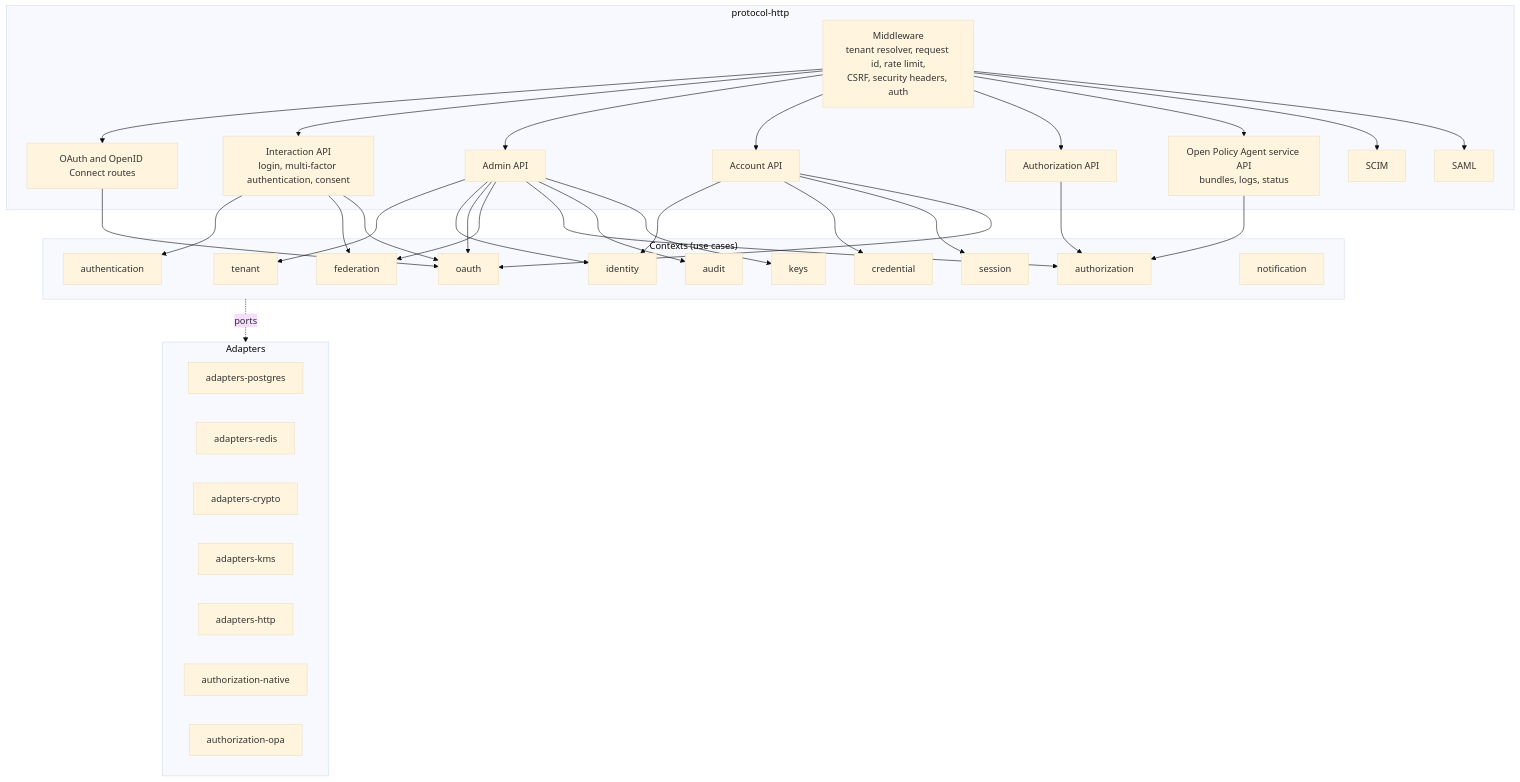
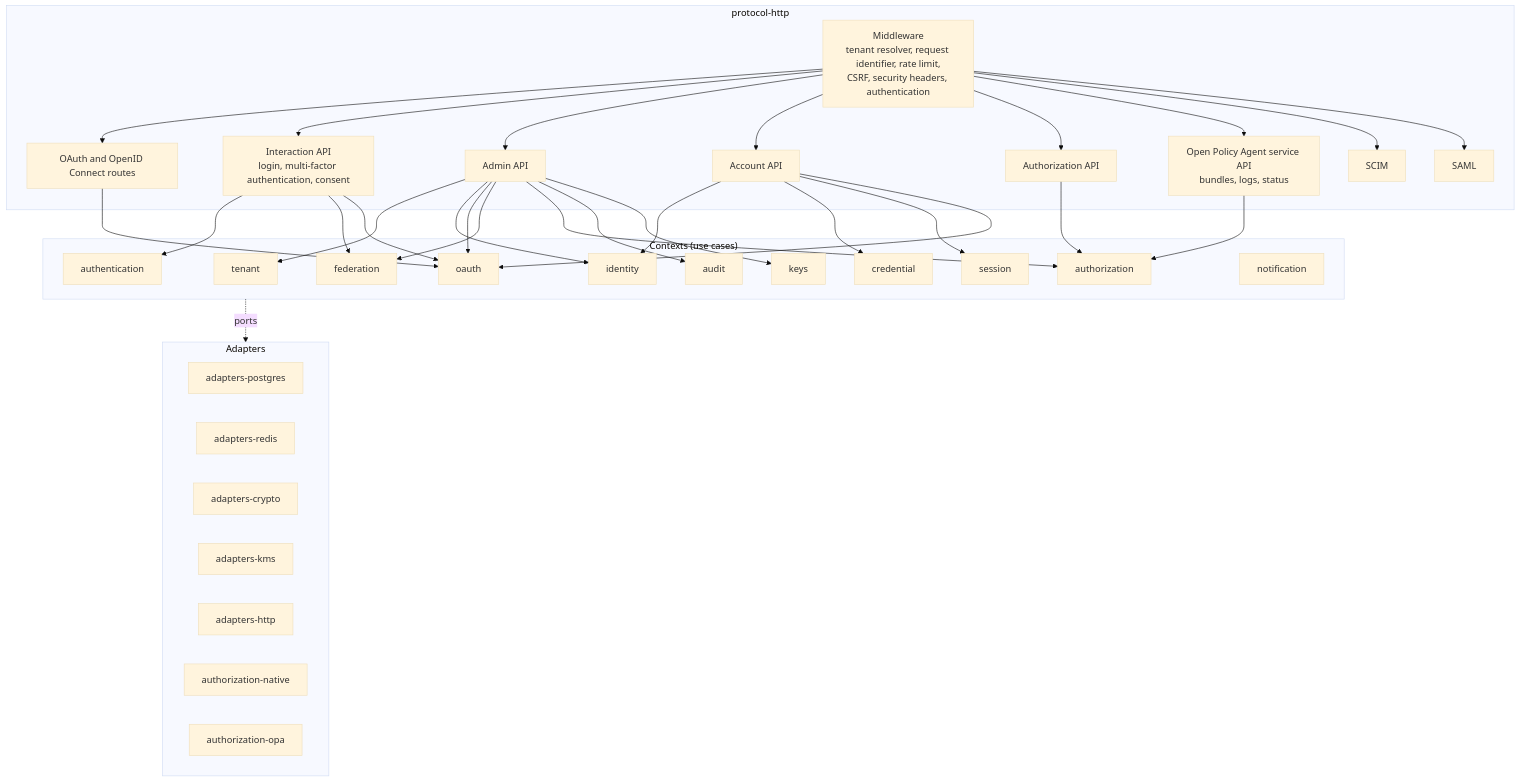
The third of 5 diagrams in docs/architecture/overview.md (ortisun/hodor), drawn with Mermaid (base theme) before and after one commit. The commit also changed other lines of this file and 8 other files, not shown here.

First line of the commit message:
docs: name flowchart nodes with whole words

````diff
--- a/docs/architecture/overview.md
+++ b/docs/architecture/overview.md
@@ -108,47 +108,47 @@
 ```mermaid
 flowchart TB
-    subgraph http["protocol-http"]
-        mw["Middleware<br/>tenant resolver, request id, rate limit,<br/>CSRF, security headers, auth"]
-        r_oauth["OAuth and OpenID Connect routes"]
-        r_inter["Interaction API<br/>login, multi-factor authentication, consent"]
-        r_admin["Admin API"]
-        r_account["Account API"]
-        r_authz["Authorization API"]
-        r_opa["Open Policy Agent service API<br/>bundles, logs, status"]
-        r_scim["SCIM"]
-        r_saml["SAML"]
+    subgraph protocolHttp["protocol-http"]
+        middleware["Middleware<br/>tenant resolver, request identifier, rate limit,<br/>CSRF, security headers, authentication"]
+        oauthRoutes["OAuth and OpenID Connect routes"]
+        interactionRoutes["Interaction API<br/>login, multi-factor authentication, consent"]
+        adminRoutes["Admin API"]
+        accountRoutes["Account API"]
+        authorizationRoutes["Authorization API"]
+        policyAgentRoutes["Open Policy Agent service API<br/>bundles, logs, status"]
+        scimRoutes["SCIM"]
+        samlRoutes["SAML"]
     end
 
-    subgraph ctx["Contexts (use cases)"]
+    subgraph contexts["Contexts (use cases)"]
         tenant
         identity
         credential
         session
         authentication
         federation
         oauth
         keys
         authorization
         audit
         notification
     end
 
     subgraph adapters["Adapters"]
-        a_pg["adapters-postgres"]
-        a_redis["adapters-redis"]
-        a_crypto["adapters-crypto"]
-        a_kms["adapters-kms"]
-        a_http["adapters-http"]
-        a_native["authorization-native"]
-        a_opa["authorization-opa"]
+        adaptersPostgres["adapters-postgres"]
+        adaptersRedis["adapters-redis"]
+        adaptersCrypto["adapters-crypto"]
+        adaptersKeyService["adapters-kms"]
+        adaptersHttp["adapters-http"]
+        authorizationNative["authorization-native"]
+        authorizationPolicyAgent["authorization-opa"]
     end
 
-    mw --> r_oauth & r_inter & r_admin & r_account & r_authz & r_opa & r_scim & r_saml
-    r_oauth --> oauth
-    r_inter --> authentication & federation & oauth
-    r_admin --> tenant & identity & oauth & federation & authorization & audit & keys
-    r_account --> identity & credential & session & oauth
-    r_authz --> authorization
-    r_opa --> authorization
-    ctx -. "ports" .-> adapters
+    middleware --> oauthRoutes & interactionRoutes & adminRoutes & accountRoutes & authorizationRoutes & policyAgentRoutes & scimRoutes & samlRoutes
+    oauthRoutes --> oauth
+    interactionRoutes --> authentication & federation & oauth
+    adminRoutes --> tenant & identity & oauth & federation & authorization & audit & keys
+    accountRoutes --> identity & credential & session & oauth
+    authorizationRoutes --> authorization
+    policyAgentRoutes --> authorization
+    contexts -. "ports" .-> adapters
 ```
````
